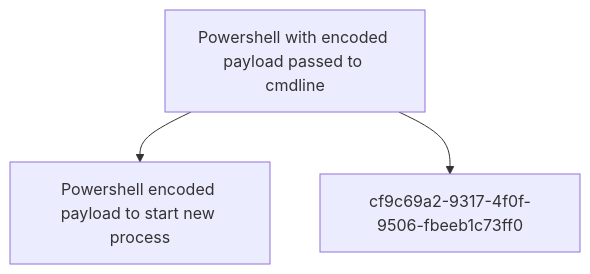
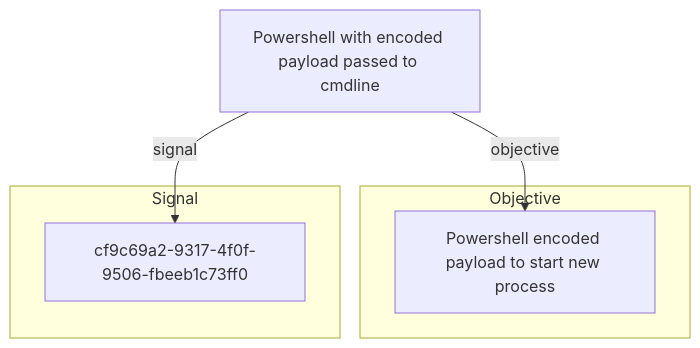
Before and after one commit to opentidehq/library: the diagram in docs/threats/powershell-with-encoded-payload-passed-to-cmdline.md, drawn with Mermaid. The commit also changed other lines of this file and 277 other files, not shown here.

````diff
--- a/docs/threats/powershell-with-encoded-payload-passed-to-cmdline.md
+++ b/docs/threats/powershell-with-encoded-payload-passed-to-cmdline.md
@@ -65,8 +105,12 @@
 ```mermaid
 flowchart TB
+subgraph "Objective"
+bfeb24bf_8a17_4ccc_8aec_91721743153d["Powershell encoded payload to start new process"]
+end
+subgraph "Signal"
+cf9c69a2_9317_4f0f_9506_fbeeb1c73ff0["cf9c69a2-9317-4f0f-9506-fbeeb1c73ff0"]
+end
 bdc58fee_8da6_4fc9_8fbd_30f8fd156bc7["Powershell with encoded payload passed to cmdline"]
-bfeb24bf_8a17_4ccc_8aec_91721743153d["Powershell encoded payload to start new process"]
-cf9c69a2_9317_4f0f_9506_fbeeb1c73ff0["cf9c69a2-9317-4f0f-9506-fbeeb1c73ff0"]
-bdc58fee_8da6_4fc9_8fbd_30f8fd156bc7 --> bfeb24bf_8a17_4ccc_8aec_91721743153d
-bdc58fee_8da6_4fc9_8fbd_30f8fd156bc7 --> cf9c69a2_9317_4f0f_9506_fbeeb1c73ff0
+bdc58fee_8da6_4fc9_8fbd_30f8fd156bc7 -->|objective| bfeb24bf_8a17_4ccc_8aec_91721743153d
+bdc58fee_8da6_4fc9_8fbd_30f8fd156bc7 -->|signal| cf9c69a2_9317_4f0f_9506_fbeeb1c73ff0
 ```
````
